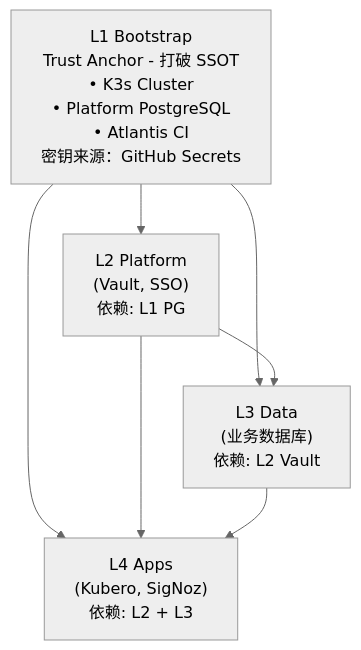
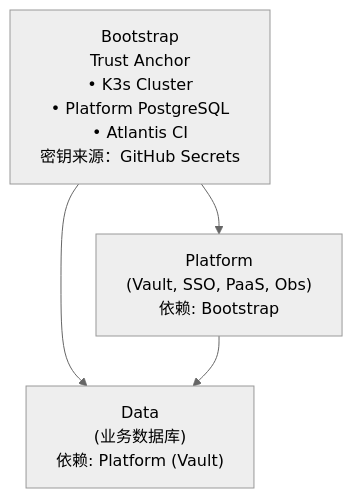
The diagram in docs/ssot/README.md (wangzitian0/infra), drawn with Mermaid (neutral theme) before and after one commit. The commit also changed other lines of this file and 43 other files, not shown here.

Commit message:
chore: complete architectural renaming (remove L1/L2/L3 references) (#362)

````diff
--- a/docs/ssot/README.md
+++ b/docs/ssot/README.md
@@ -88,14 +88,10 @@
 ```mermaid
 flowchart TB
-    L1["L1 Bootstrap<br/>Trust Anchor - 打破 SSOT<br/>• K3s Cluster<br/>• Platform PostgreSQL<br/>• Atlantis CI<br/>密钥来源：GitHub Secrets"]
-    L2["L2 Platform<br/>(Vault, SSO)<br/>依赖: L1 PG"]
-    L3["L3 Data<br/>(业务数据库)<br/>依赖: L2 Vault"]
-    L4["L4 Apps<br/>(Kubero, SigNoz)<br/>依赖: L2 + L3"]
+    B["Bootstrap<br/>Trust Anchor<br/>• K3s Cluster<br/>• Platform PostgreSQL<br/>• Atlantis CI<br/>密钥来源：GitHub Secrets"]
+    P["Platform<br/>(Vault, SSO, PaaS, Obs)<br/>依赖: Bootstrap"]
+    D["Data<br/>(业务数据库)<br/>依赖: Platform (Vault)"]
 
-    L1 --> L2
-    L1 --> L3
-    L1 --> L4
-    L2 --> L3
-    L2 --> L4
-    L3 --> L4
+    B --> P
+    B --> D
+    P --> D
 ```
````
